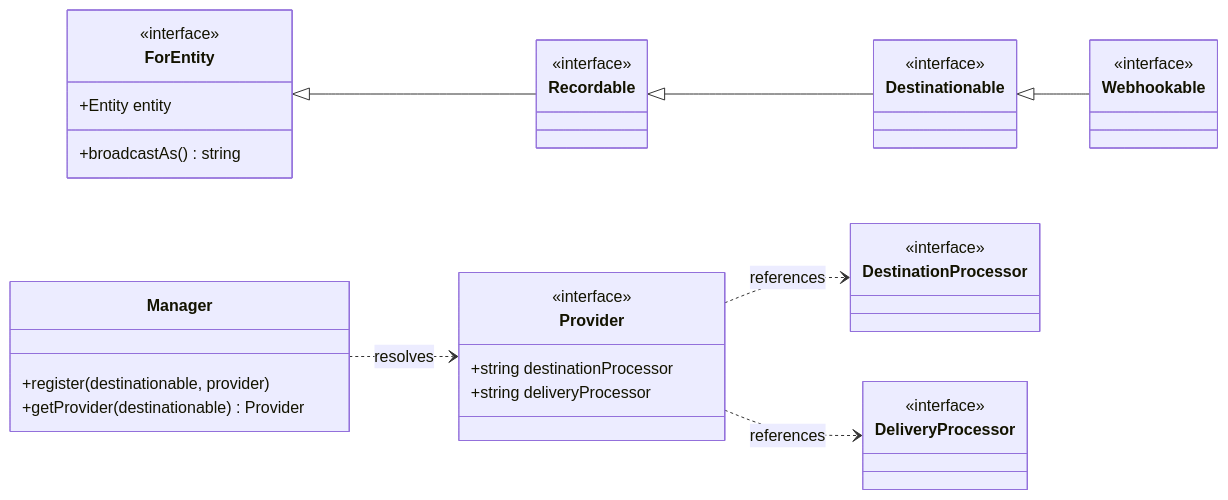
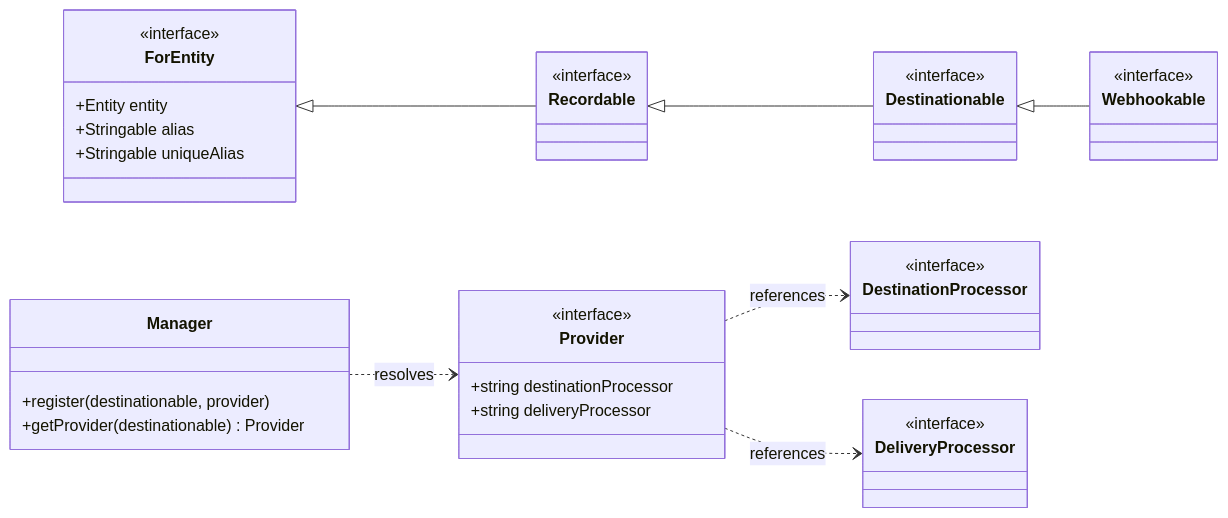
One commit to AryeoHQ/event-log changed the second of 2 diagrams in README.md. Above: the diagram before and after it, drawn with Mermaid. The commit also changed other lines of this file, not shown here.

````diff
--- a/README.md
+++ b/README.md
@@ -22,42 +21,43 @@
 ```mermaid
 classDiagram
     direction LR
 
     class Recordable {
         <<interface>>
     }
     class ForEntity {
         <<interface>>
         +Entity entity
-        +broadcastAs() string
+        +Stringable alias
+        +Stringable uniqueAlias
     }
     class Destinationable {
         <<interface>>
     }
     class Webhookable {
         <<interface>>
     }
     class Provider {
         <<interface>>
         +string destinationProcessor
         +string deliveryProcessor
     }
     class DestinationProcessor {
         <<interface>>
     }
     class DeliveryProcessor {
         <<interface>>
     }
     class Manager {
         +register(destinationable, provider)
         +getProvider(destinationable) Provider
     }
 
     ForEntity <|-- Recordable
     Recordable <|-- Destinationable
     Destinationable <|-- Webhookable
 
     Provider ..> DestinationProcessor : references
     Provider ..> DeliveryProcessor : references
     Manager ..> Provider : resolves
 ```
````
